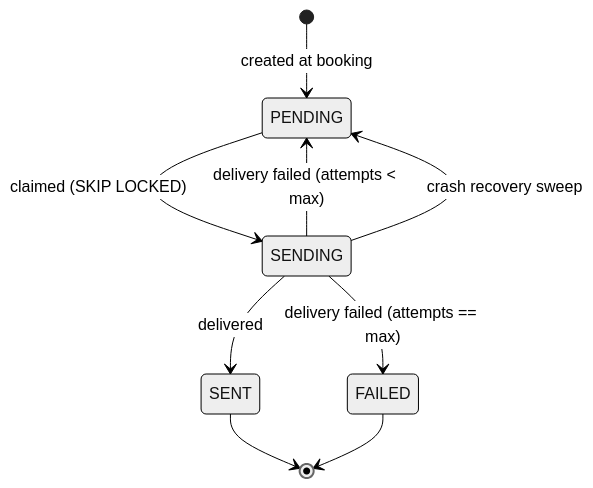
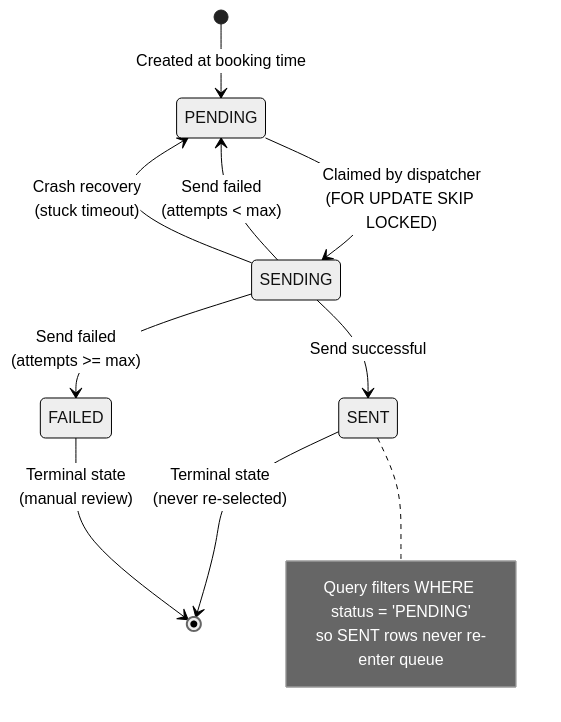
One commit to kharshit801/appointment-reminder-service changed the fourth of 4 diagrams in docs/design.md. Above: the diagram before and after it, drawn with Mermaid (neutral theme). The commit also changed other lines of this file and 1 other file, not shown here.

Commit message:
improve documentation with clearer structure and mermaid diagrams

````diff
--- a/docs/design.md
+++ b/docs/design.md
@@ -88,11 +103,19 @@
 ```mermaid
 stateDiagram-v2
-    [*] --> PENDING: created at booking
-    PENDING --> SENDING: claimed (SKIP LOCKED)
-    SENDING --> SENT: delivered
-    SENDING --> PENDING: delivery failed (attempts < max)
-    SENDING --> FAILED: delivery failed (attempts == max)
-    SENDING --> PENDING: crash recovery sweep
-    SENT --> [*]
-    FAILED --> [*]
+    [*] --> PENDING: Created at booking time
+    
+    PENDING --> SENDING: Claimed by dispatcher<br/>(FOR UPDATE SKIP LOCKED)
+    
+    SENDING --> SENT: Send successful
+    SENDING --> PENDING: Send failed<br/>(attempts < max)
+    SENDING --> FAILED: Send failed<br/>(attempts >= max)
+    SENDING --> PENDING: Crash recovery<br/>(stuck timeout)
+    
+    SENT --> [*]: Terminal state<br/>(never re-selected)
+    FAILED --> [*]: Terminal state<br/>(manual review)
+    
+    note right of SENT
+        Query filters WHERE status = 'PENDING'
+        so SENT rows never re-enter queue
+    end note
 ```
````
